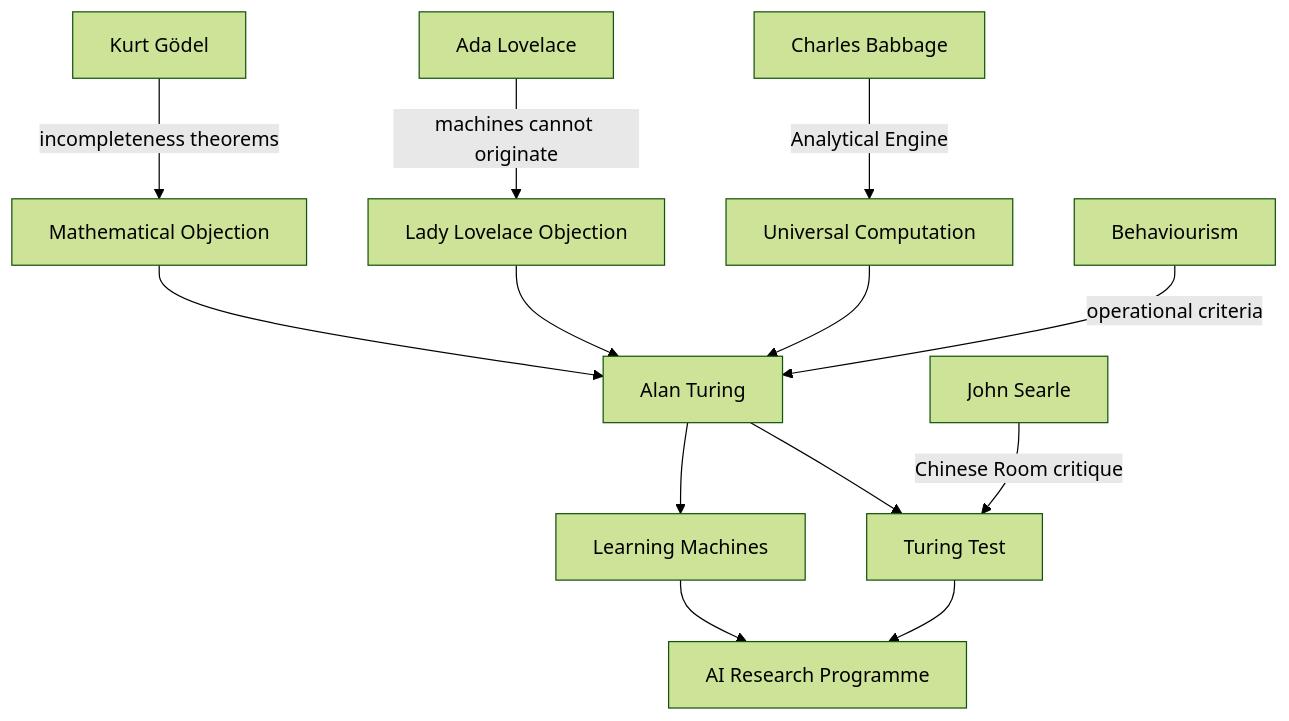
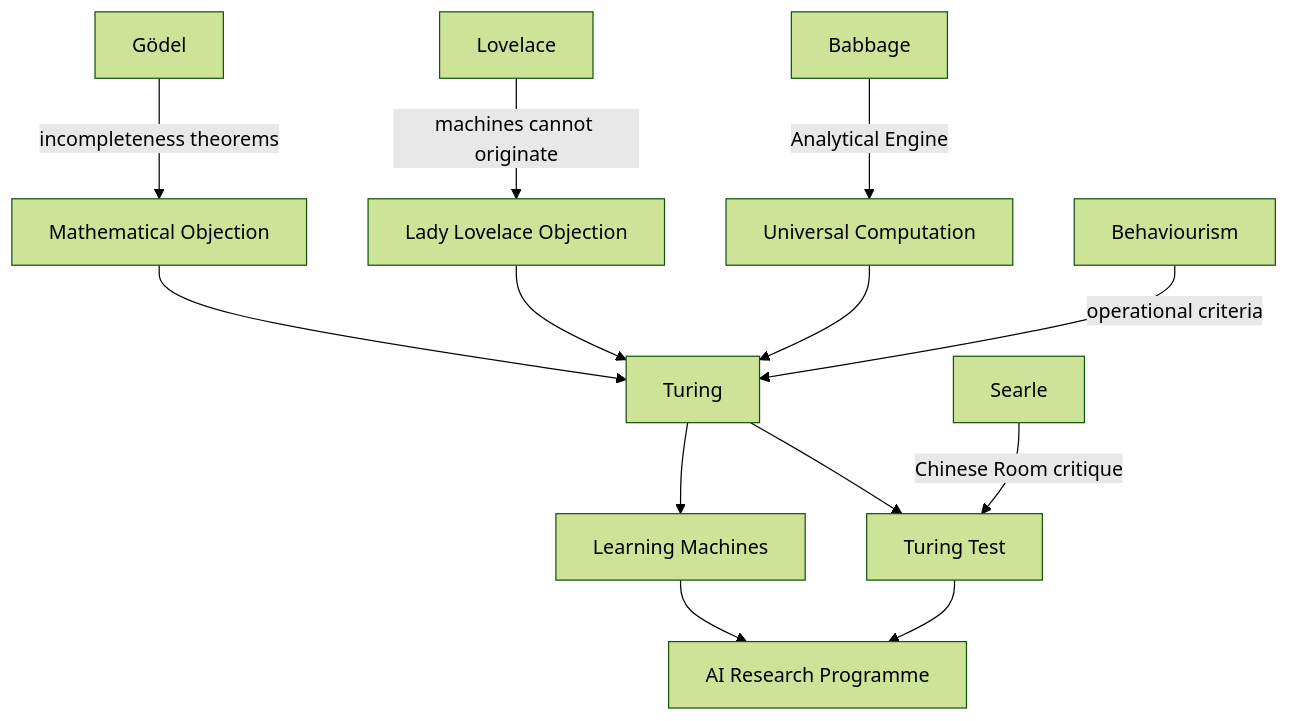
One commit to graph-ist/zettelkasten changed the diagram in content/Computing Machinery and Intelligence.md. Above: the diagram before and after it, drawn with Mermaid (forest theme). The commit also changed other lines of this file and 138 other files, not shown here.

````diff
--- a/content/Computing Machinery and Intelligence.md
+++ b/content/Computing Machinery and Intelligence.md
@@ -44,17 +44,17 @@
 ```mermaid
 flowchart TD
-    1[Charles Babbage] -->|Analytical Engine| 2[Universal Computation]
-    3[Ada Lovelace] -->|machines cannot originate| 4[Lady Lovelace Objection]
-    5[Kurt Gödel] -->|incompleteness theorems| 6[Mathematical Objection]
-    2 --> 7[Alan Turing]
-    4 --> 7
-    6 --> 7
-    8[Behaviourism] -->|operational criteria| 7
-    7 --> 9[Turing Test]
-    7 --> 10[Learning Machines]
-    9 --> 11[AI Research Programme]
-    10 --> 11
-    12[John Searle] -->|Chinese Room critique| 9
+    Babbage --> |Analytical Engine| UniversalComputation[Universal Computation]
+    Lovelace --> |machines cannot originate| LovelaceObjection[Lady Lovelace Objection]
+    Gödel --> |incompleteness theorems| MathObjection[Mathematical Objection]
+    UniversalComputation --> Turing
+    LovelaceObjection --> Turing
+    MathObjection --> Turing
+    Behaviourism --> |operational criteria| Turing
+    Turing --> TuringTest[Turing Test]
+    Turing --> LearningMachines[Learning Machines]
+    TuringTest --> AIResearch[AI Research Programme]
+    LearningMachines --> AIResearch
+    Searle --> |Chinese Room critique| TuringTest
 
-    class 1,3,5,12 internal-link
+    class Babbage,Lovelace,Gödel,Turing,Searle internal-link;
 ```
````
